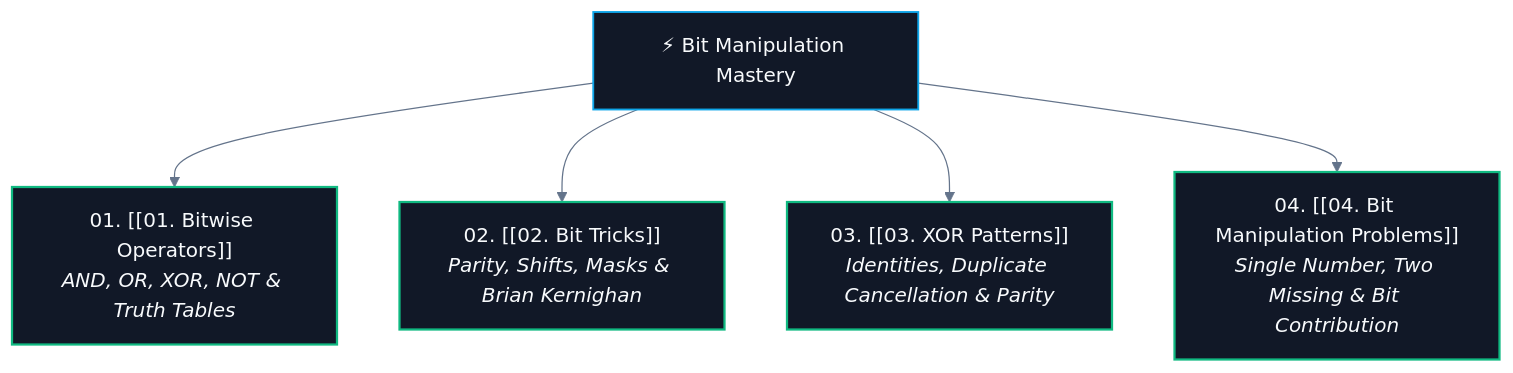
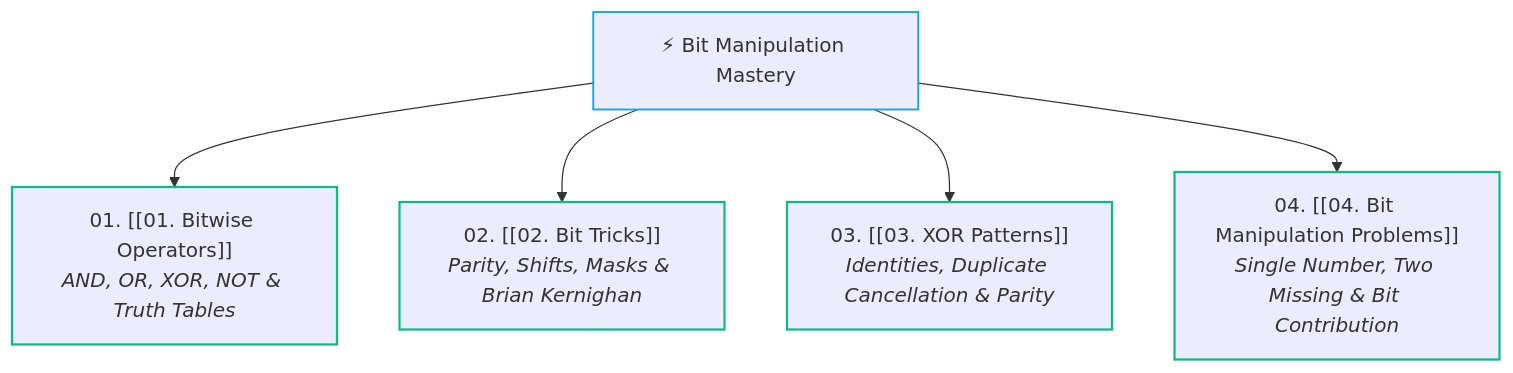
Before and after one commit to abhinavbharti2345/CS_Notes: the diagram in CS/DSA/04. Bit Manipulation/Bit Manipulation.md, drawn with Mermaid. The commit also changed 91 other files, not shown here.

````diff
--- a/CS/DSA/04. Bit Manipulation/Bit Manipulation.md
+++ b/CS/DSA/04. Bit Manipulation/Bit Manipulation.md
@@ -22,14 +22,13 @@
 ```mermaid
-%%{init: {'theme': 'base', 'themeVariables': { 'darkMode': true, 'background': '#0B0F14', 'mainBkg': '#111827', 'primaryColor': '#111827', 'primaryTextColor': '#F8FAFC', 'primaryBorderColor': '#38BDF8', 'lineColor': '#64748B', 'secondaryColor': '#0B0F14', 'tertiaryColor': '#0B0F14', 'clusterBkg': '#0B0F14', 'clusterBorder': '#38BDF8' }}}%%
 flowchart TD
     BM["⚡ Bit Manipulation Mastery"]
     BM --> B1["01. [[01. Bitwise Operators]]<br/><i>AND, OR, XOR, NOT & Truth Tables</i>"]
     BM --> B2["02. [[02. Bit Tricks]]<br/><i>Parity, Shifts, Masks & Brian Kernighan</i>"]
     BM --> B3["03. [[03. XOR Patterns]]<br/><i>Identities, Duplicate Cancellation & Parity</i>"]
     BM --> B4["04. [[04. Bit Manipulation Problems]]<br/><i>Single Number, Two Missing & Bit Contribution</i>"]
 
-    classDef core fill:#111827,stroke:#0ea5e9,stroke-width:1.5px,color:#F8FAFC;
-    classDef step fill:#111827,stroke:#10b981,stroke-width:1.8px,color:#F8FAFC;
+    classDef core stroke:#0ea5e9,stroke-width:1.5px;
+    classDef step stroke:#10b981,stroke-width:1.8px;
     class BM core;
     class B1,B2,B3,B4 step;
 ```
````
